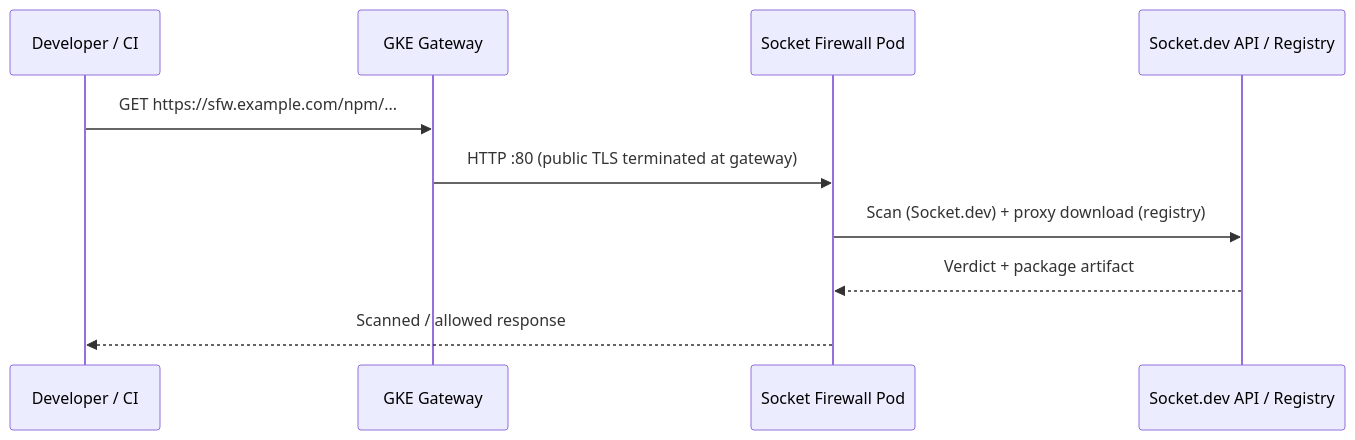
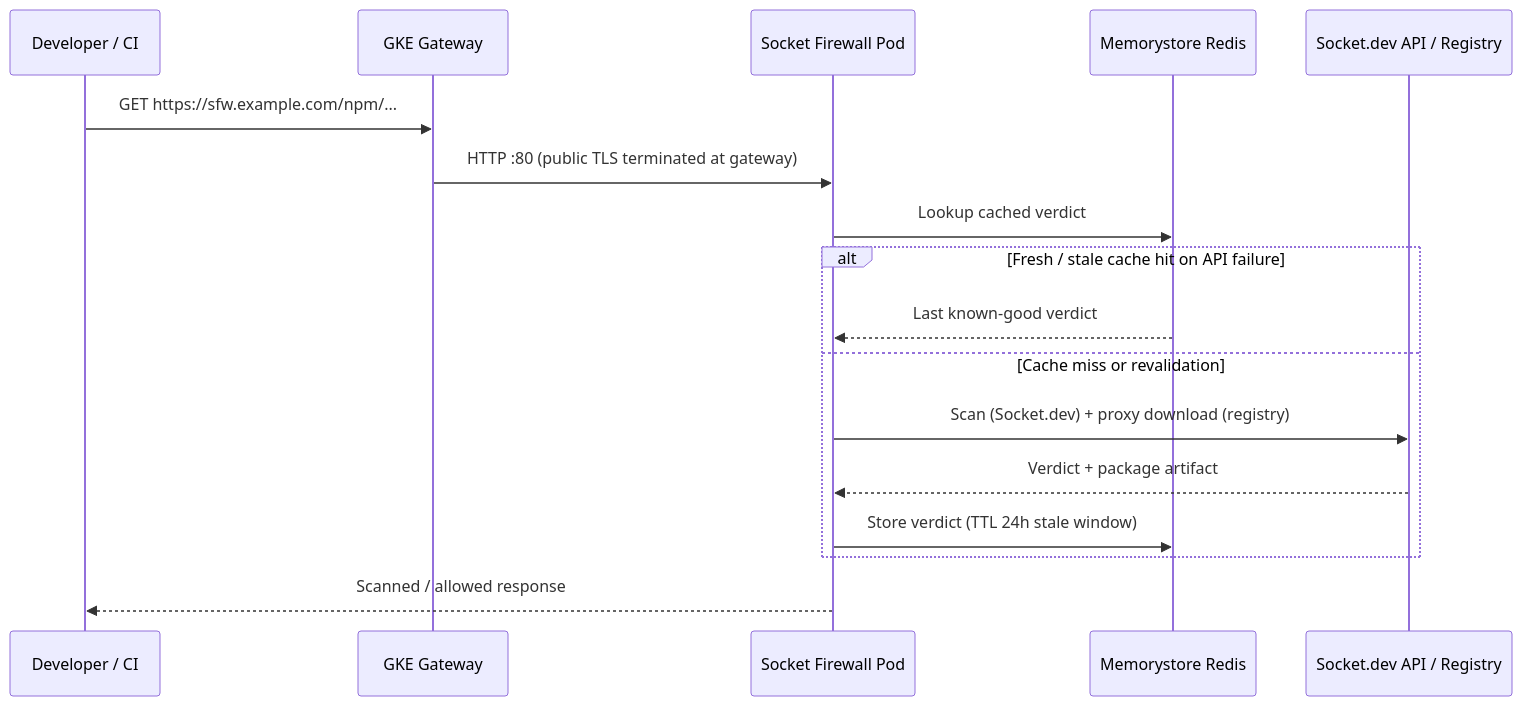
The third of 3 diagrams in README.md (getsentry/security-socket-firewall), drawn with Mermaid before and after one commit. The commit also changed other lines of this file and 7 other files, not shown here.

````diff
--- a/README.md
+++ b/README.md
@@ -72,13 +74,20 @@
 ```mermaid
 sequenceDiagram
     participant Dev as Developer / CI
     participant GW as GKE Gateway
     participant FW as Socket Firewall Pod
+    participant Redis as Memorystore Redis
     participant Up as Socket.dev API / Registry
 
     Dev->>GW: GET https://sfw.example.com/npm/...
     GW->>FW: HTTP :80 (public TLS terminated at gateway)
-    FW->>Up: Scan (Socket.dev) + proxy download (registry)
-    Up-->>FW: Verdict + package artifact
+    FW->>Redis: Lookup cached verdict
+    alt Fresh / stale cache hit on API failure
+        Redis-->>FW: Last known-good verdict
+    else Cache miss or revalidation
+        FW->>Up: Scan (Socket.dev) + proxy download (registry)
+        Up-->>FW: Verdict + package artifact
+        FW->>Redis: Store verdict (TTL 24h stale window)
+    end
     FW-->>Dev: Scanned / allowed response
 ```
````
